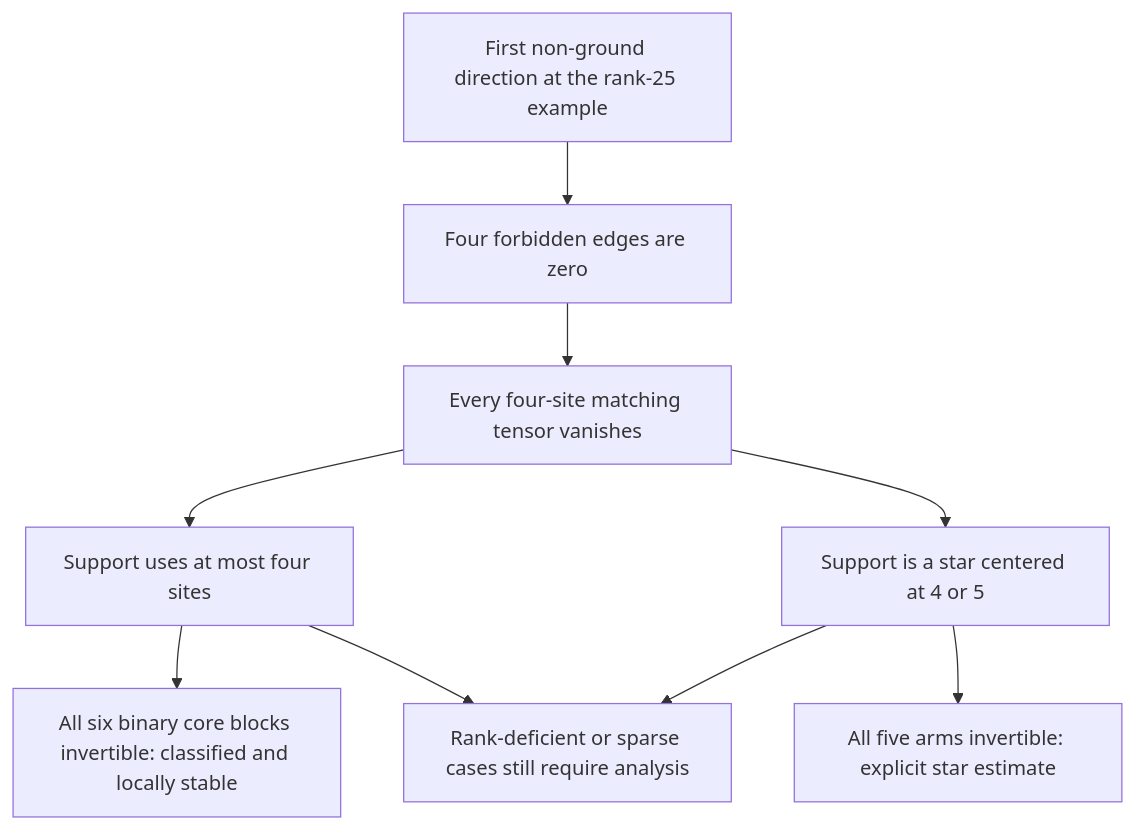
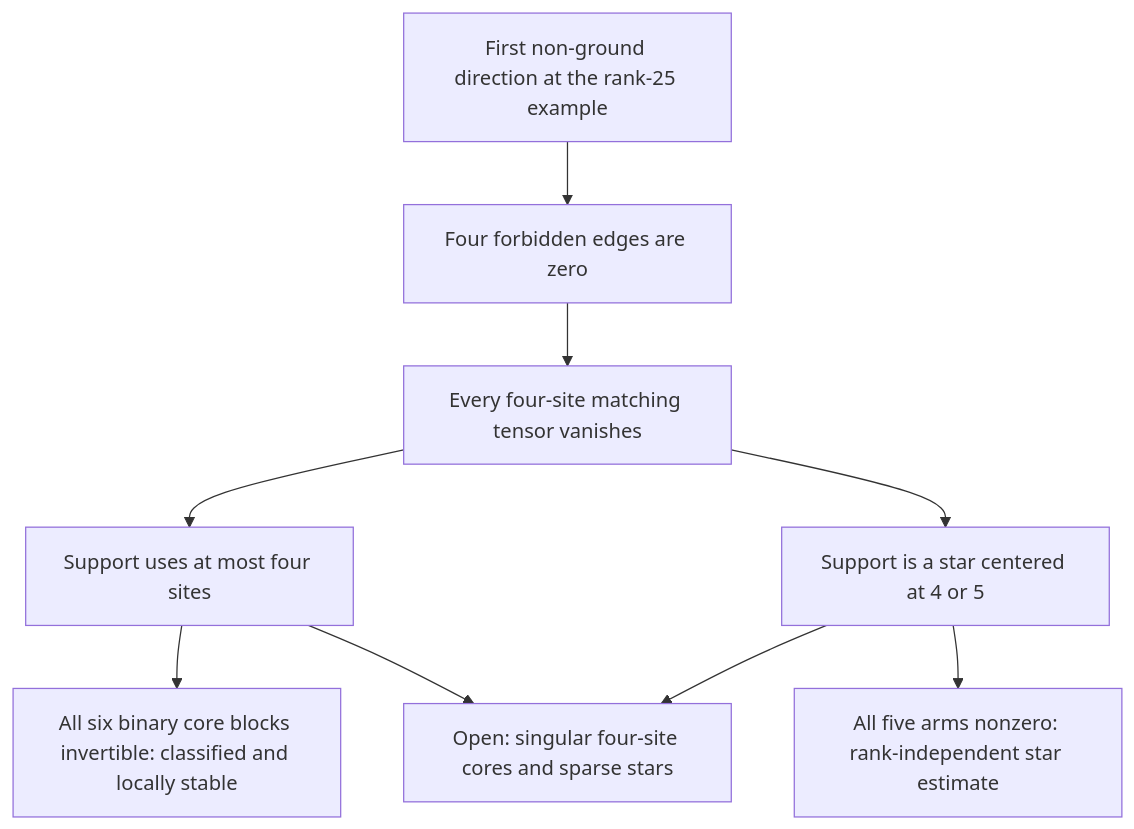
One commit to rrajasek95/krenn-conjecture changed the fourth of 4 diagrams in explainers/CRITICAL-DIRECTION-GEOMETRY.md. Above: the diagram before and after it, drawn with Mermaid. The commit also changed other lines of this file and 12 other files, not shown here.

Commit message:
Classify all flat supports and control stars through matrix rank loss

```diff
--- a/explainers/CRITICAL-DIRECTION-GEOMETRY.md
+++ b/explainers/CRITICAL-DIRECTION-GEOMETRY.md
@@ -136,11 +163,11 @@
 ~~~mermaid
 flowchart TD
     A["First non-ground direction at the rank-25 example"] --> B["Four forbidden edges are zero"]
     B --> C["Every four-site matching tensor vanishes"]
     C --> D["Support uses at most four sites"]
     C --> E["Support is a star centered at 4 or 5"]
     D --> F["All six binary core blocks invertible: classified and locally stable"]
-    E --> G["All five arms invertible: explicit star estimate"]
-    D --> H["Rank-deficient or sparse cases still require analysis"]
+    E --> G["All five arms nonzero: rank-independent star estimate"]
+    D --> H["Open: singular four-site cores and sparse stars"]
     E --> H
 ~~~
```
